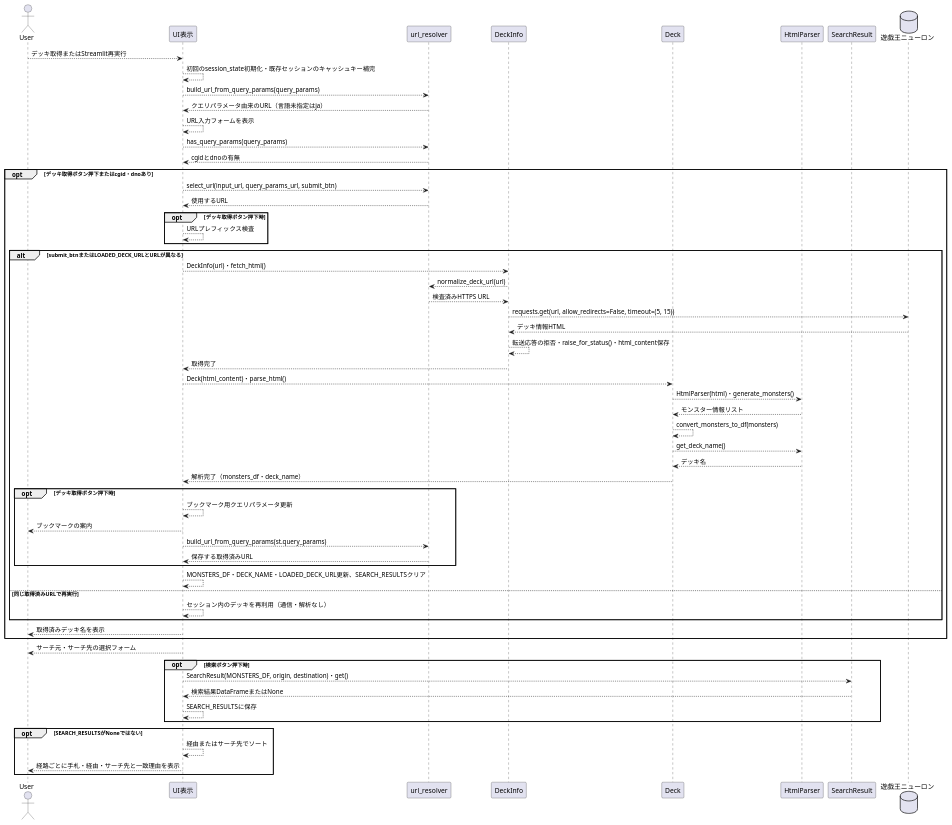
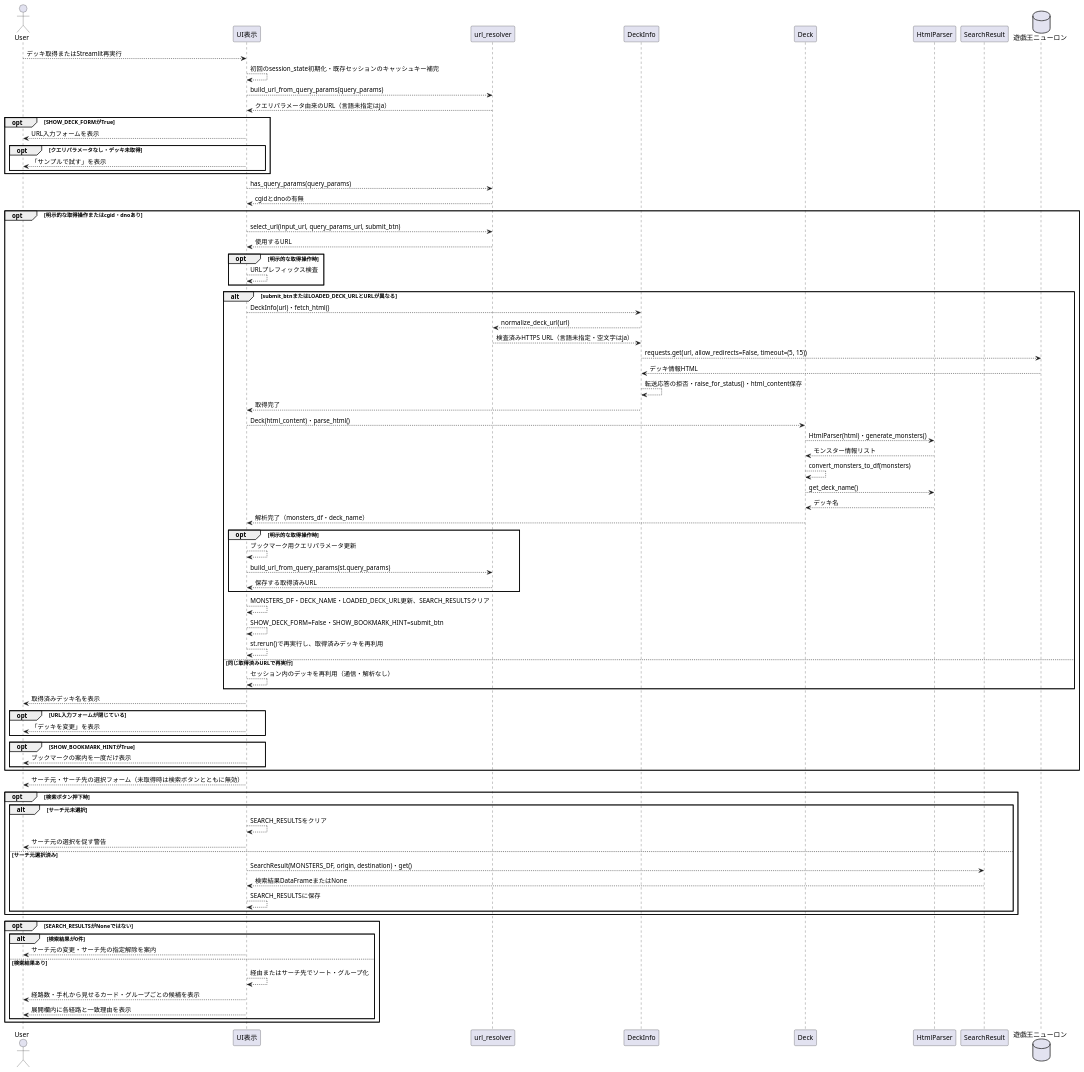
One commit to ikishichi/ygo-small-world-transit changed the fourth of 6 diagrams in docs/ygo-small-world-transit.md. Above: the diagram before and after it, drawn with PlantUML. The commit also changed other lines of this file and 2 other files, not shown here.

````diff
--- a/docs/ygo-small-world-transit.md
+++ b/docs/ygo-small-world-transit.md
@@ -99,19 +120,24 @@
     ui --> ui : 初回のsession_state初期化・既存セッションのキャッシュキー補完
     ui --> ur : build_url_from_query_params(query_params)
     ur --> ui : クエリパラメータ由来のURL（言語未指定はja）
-    ui --> ui : URL入力フォームを表示
+    opt SHOW_DECK_FORMがTrue
+        ui --> user : URL入力フォームを表示
+        opt クエリパラメータなし・デッキ未取得
+            ui --> user : 「サンプルで試す」を表示
+        end
+    end
     ui --> ur : has_query_params(query_params)
     ur --> ui : cgidとdnoの有無
-    opt デッキ取得ボタン押下またはcgid・dnoあり
+    opt 明示的な取得操作またはcgid・dnoあり
         ui --> ur : select_url(input_url, query_params_url, submit_btn)
         ur --> ui : 使用するURL
-        opt デッキ取得ボタン押下時
+        opt 明示的な取得操作時
             ui --> ui : URLプレフィックス検査
         end
         alt submit_btnまたはLOADED_DECK_URLとURLが異なる
             ui --> di : DeckInfo(url)・fetch_html()
             di --> ur : normalize_deck_url(url)
-            ur --> di : 検査済みHTTPS URL
+            ur --> di : 検査済みHTTPS URL（言語未指定・空文字はja）
             di --> db : requests.get(url, allow_redirects=False, timeout=(5, 15))
             db --> di : デッキ情報HTML
             di --> di : 転送応答の拒否・raise_for_status()・html_content保存
@@ -123,27 +149,44 @@
             dc --> hp : get_deck_name()
             hp --> dc : デッキ名
             dc --> ui : 解析完了（monsters_df・deck_name）
-            opt デッキ取得ボタン押下時
+            opt 明示的な取得操作時
                 ui --> ui : ブックマーク用クエリパラメータ更新
-                ui --> user : ブックマークの案内
                 ui --> ur : build_url_from_query_params(st.query_params)
                 ur --> ui : 保存する取得済みURL
             end
             ui --> ui : MONSTERS_DF・DECK_NAME・LOADED_DECK_URL更新、SEARCH_RESULTSクリア
+            ui --> ui : SHOW_DECK_FORM=False・SHOW_BOOKMARK_HINT=submit_btn
+            ui --> ui : st.rerun()で再実行し、取得済みデッキを再利用
         else 同じ取得済みURLで再実行
             ui --> ui : セッション内のデッキを再利用（通信・解析なし）
         end
         ui --> user : 取得済みデッキ名を表示
+        opt URL入力フォームが閉じている
+            ui --> user : 「デッキを変更」を表示
+        end
+        opt SHOW_BOOKMARK_HINTがTrue
+            ui --> user : ブックマークの案内を一度だけ表示
+        end
     end
-    ui --> user : サーチ元・サーチ先の選択フォーム
+    ui --> user : サーチ元・サーチ先の選択フォーム（未取得時は検索ボタンとともに無効）
     opt 検索ボタン押下時
-        ui --> sr : SearchResult(MONSTERS_DF, origin, destination)・get()
-        sr --> ui : 検索結果DataFrameまたはNone
-        ui --> ui : SEARCH_RESULTSに保存
+        alt サーチ元未選択
+            ui --> ui : SEARCH_RESULTSをクリア
+            ui --> user : サーチ元の選択を促す警告
+        else サーチ元選択済み
+            ui --> sr : SearchResult(MONSTERS_DF, origin, destination)・get()
+            sr --> ui : 検索結果DataFrameまたはNone
+            ui --> ui : SEARCH_RESULTSに保存
+        end
     end
     opt SEARCH_RESULTSがNoneではない
-        ui --> ui : 経由またはサーチ先でソート
-        ui --> user : 経路ごとに手札・経由・サーチ先と一致理由を表示
+        alt 検索結果が0件
+            ui --> user : サーチ元の変更・サーチ先の指定解除を案内
+        else 検索結果あり
+            ui --> ui : 経由またはサーチ先でソート・グループ化
+            ui --> user : 経路数・手札から見せるカード・グループごとの候補を表示
+            ui --> user : 展開欄内に各経路と一致理由を表示
+        end
     end
 @enduml
 ```
````
